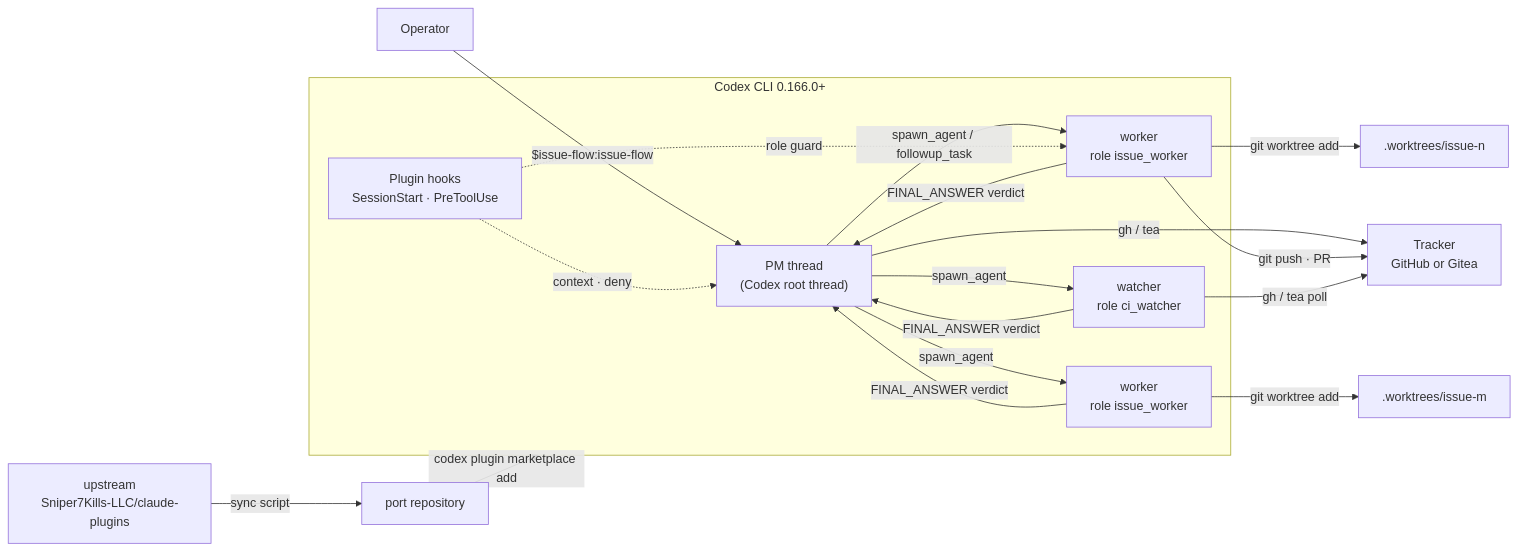
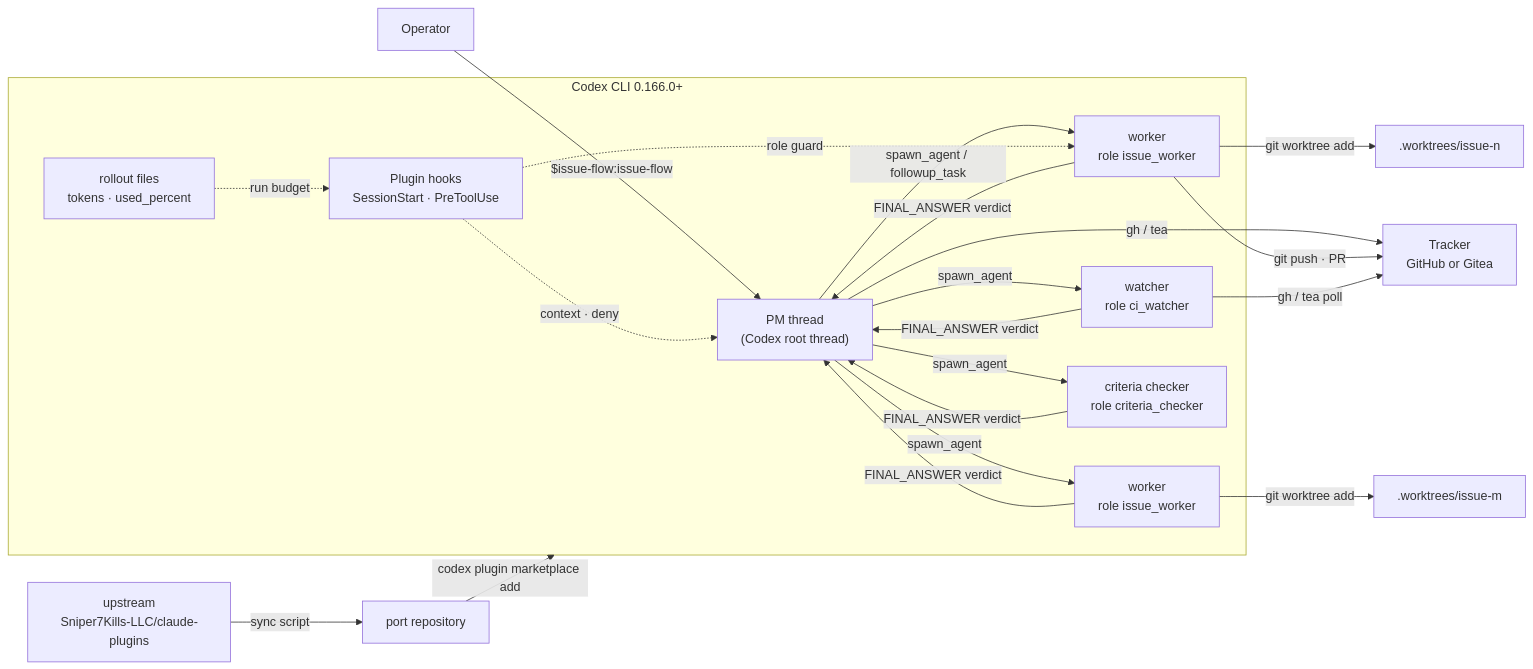
One commit to Crank-Git/issue-flow-codex changed the first of 2 diagrams in docs/specs/spec.md. Above: the diagram before and after it, drawn with Mermaid. The commit also changed other lines of this file and 21 other files, not shown here.

````diff
--- a/docs/specs/spec.md
+++ b/docs/specs/spec.md
@@ -133,21 +152,24 @@
 ```mermaid
 flowchart LR
     OP["Operator"] -->|"$issue-flow:issue-flow"| PM["PM thread<br/>(Codex root thread)"]
     subgraph Codex["Codex CLI 0.166.0+"]
         PM -->|"spawn_agent / followup_task"| W1["worker<br/>role issue_worker"]
         PM -->|"spawn_agent"| W2["worker<br/>role issue_worker"]
         PM -->|"spawn_agent"| CW["watcher<br/>role ci_watcher"]
+        PM -->|"spawn_agent"| CC["criteria checker<br/>role criteria_checker"]
+        CC -->|"FINAL_ANSWER verdict"| PM
         W1 -->|"FINAL_ANSWER verdict"| PM
         W2 -->|"FINAL_ANSWER verdict"| PM
         CW -->|"FINAL_ANSWER verdict"| PM
         HK["Plugin hooks<br/>SessionStart · PreToolUse"] -.->|"context · deny"| PM
+        RO["rollout files<br/>tokens · used_percent"] -.->|"run budget"| HK
         HK -.->|"role guard"| W1
     end
     W1 -->|"git worktree add"| WT1[".worktrees/issue-n"]
     W2 -->|"git worktree add"| WT2[".worktrees/issue-m"]
     PM -->|"gh / tea"| TR["Tracker<br/>GitHub or Gitea"]
     W1 -->|"git push · PR"| TR
     CW -->|"gh / tea poll"| TR
     UP["upstream<br/>Sniper7Kills-LLC/claude-plugins"] -->|"sync script"| REPO["port repository"]
     REPO -->|"codex plugin marketplace add"| Codex
 ```
````
